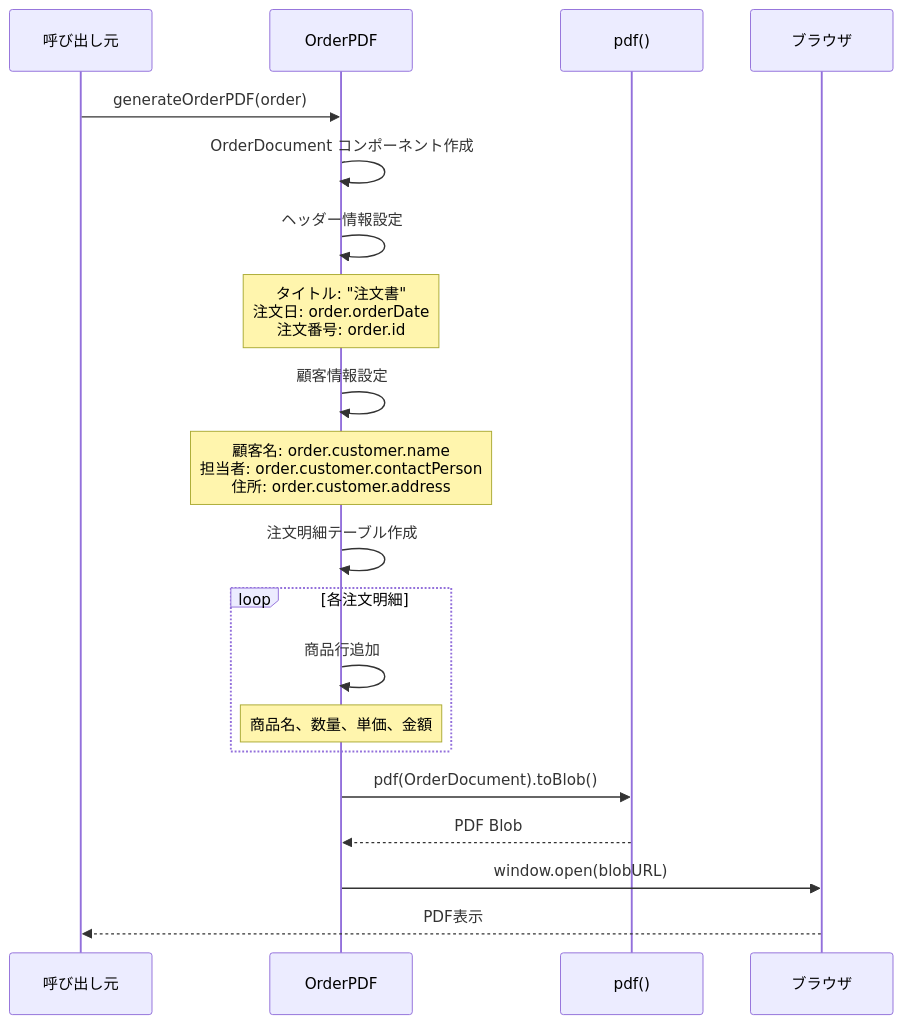
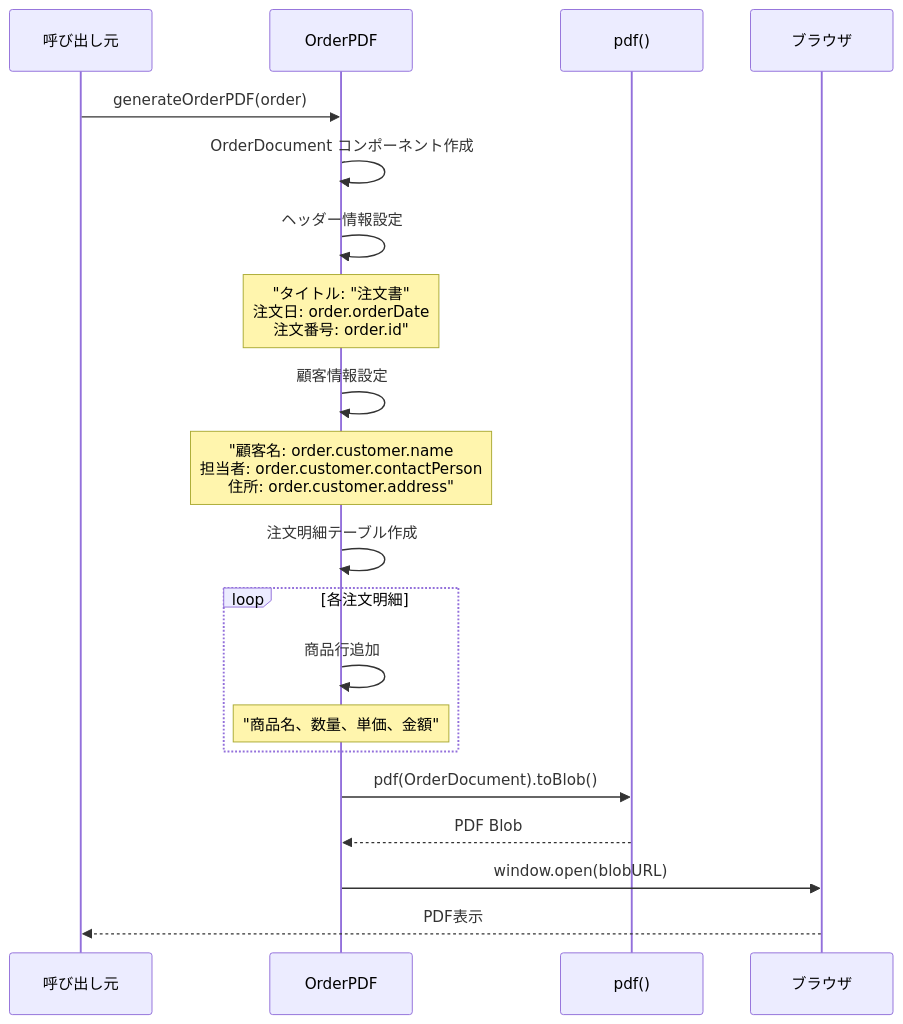
Before and after one commit to wasabi49/ocs-systemDevelopmentExercises: the fourth of 10 diagrams in document/components/sequence/PDF.md, drawn with Mermaid. The commit also changed other lines of this file and 42 other files, not shown here.

First line of the commit message:
fix: mermaidシーケンス図のNote over文でダブルクォーテーション不足を修正

````diff
--- a/document/components/sequence/PDF.md
+++ b/document/components/sequence/PDF.md
@@ -63,27 +63,27 @@
 ```mermaid
 sequenceDiagram
     participant Component as 呼び出し元
     participant OrderPDF as OrderPDF
     participant PDF as pdf()
     participant Browser as ブラウザ
 
     Component->>OrderPDF: generateOrderPDF(order)
     OrderPDF->>OrderPDF: OrderDocument コンポーネント作成
     
     OrderPDF->>OrderPDF: ヘッダー情報設定
-    Note over OrderPDF: タイトル: "注文書"<br/>注文日: order.orderDate<br/>注文番号: order.id
+    Note over OrderPDF: "タイトル: "注文書"<br/>注文日: order.orderDate<br/>注文番号: order.id"
     
     OrderPDF->>OrderPDF: 顧客情報設定
-    Note over OrderPDF: 顧客名: order.customer.name<br/>担当者: order.customer.contactPerson<br/>住所: order.customer.address
+    Note over OrderPDF: "顧客名: order.customer.name<br/>担当者: order.customer.contactPerson<br/>住所: order.customer.address"
     
     OrderPDF->>OrderPDF: 注文明細テーブル作成
     loop 各注文明細
         OrderPDF->>OrderPDF: 商品行追加
-        Note over OrderPDF: 商品名、数量、単価、金額
+        Note over OrderPDF: "商品名、数量、単価、金額"
     end
     
     OrderPDF->>PDF: pdf(OrderDocument).toBlob()
     PDF-->>OrderPDF: PDF Blob
     OrderPDF->>Browser: window.open(blobURL)
     Browser-->>Component: PDF表示
 ```
````
